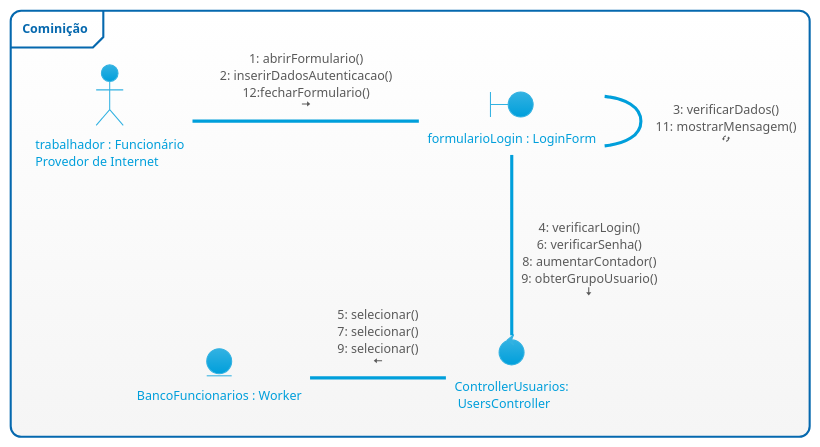
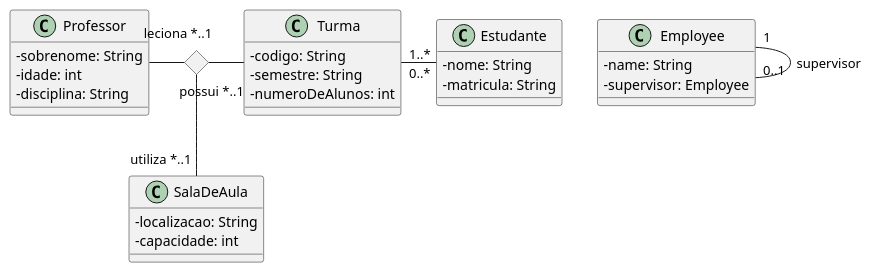
The diagram in UML/DiagramasComportamentais/Comunicacao.puml (LeonardoVieiraGuimaraes/OrientacaoObjetos), drawn with PlantUML before and after one commit. The commit also changed 24 other files, not shown here.

```diff
--- a/UML/DiagramasComportamentais/Comunicacao.puml
+++ b/UML/DiagramasComportamentais/Comunicacao.puml
@@ -1,20 +1,50 @@
-@startuml ControleFuncionarios
-!theme bluegray
-frame Cominição {
+@startuml
+skinparam classAttributeIconSize 0
 
-actor Ator as "trabalhador : Funcionário\nProvedor de Internet"
-boundary View as "formularioLogin : LoginForm"
-control Controller as "ControllerUsuarios:\n UsersController"
-entity Modelo as "BancoFuncionarios : Worker"
 
-Ator - (View): "1: abrirFormulario()\n2: inserirDadosAutenticacao()\n12:fecharFormulario()\n<&arrow-right>"
-View - View : "3: verificarDados()\n11: mostrarMensagem()\n<&loop-circular>"
-(View) -- (Controller) : "4: verificarLogin()\n6: verificarSenha()\n8: aumentarContador()\n9: obterGrupoUsuario()\n<&arrow-bottom>"
-(Controller) -left- (Modelo) : "5: selecionar()\n7: selecionar()\n9: selecionar()\n<&arrow-left>"
+' Associação Unária ou Reflexiva
+class Employee {
+    - name: String
+    - supervisor: Employee
+}
 
-'Outros ícones de setas
-'<&arrow-left>
-'<&arrow-right>
-'<&arrow-top>
-'<&arrow-bottom>
+Employee "1" -- "0..1" Employee : supervisor
+
+' Associação Binária
+class Estudante {
+    - nome: String
+    - matricula: String
+}
+
+Estudante "0..*" -left- "1..*" Turma
+
+' Associação Ternária
+
+class Professor {
+    - sobrenome: String
+    - idade: int
+    - disciplina: String
+}
+
+class Turma {
+    - codigo: String
+    - semestre: String
+    - numeroDeAlunos: int
+}
+
+class SalaDeAula {
+    - localizacao: String
+    - capacidade: int
+}
+
+' (Student, Course) .. Enrollment
+
+<> diamond
+
+
+diamond -left-- "leciona *..1" Professor
+diamond -down- "utiliza *..1" SalaDeAula
+diamond --right-- "possui *..1 " Turma
+
+
 @enduml
```
